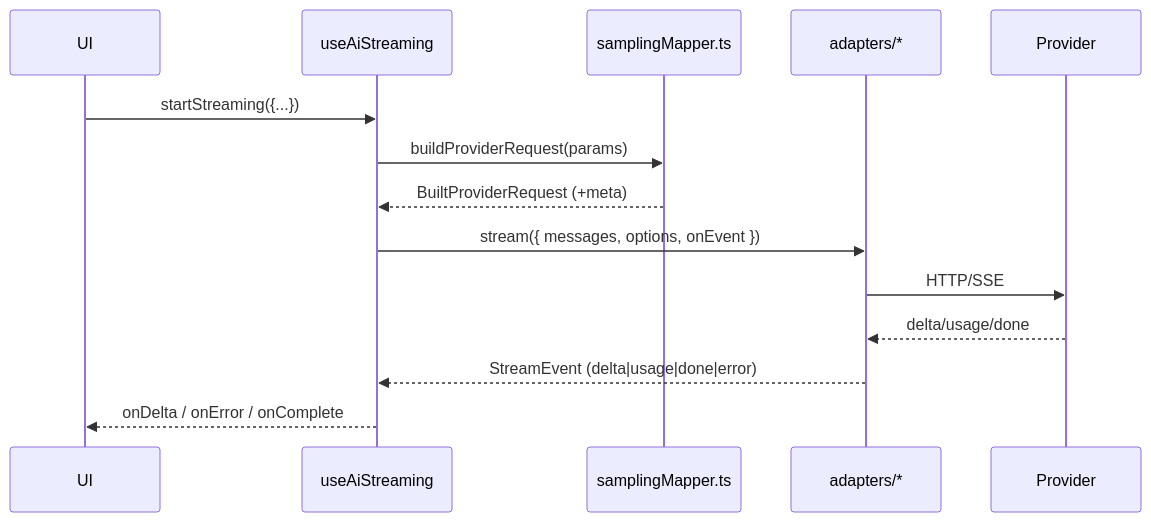
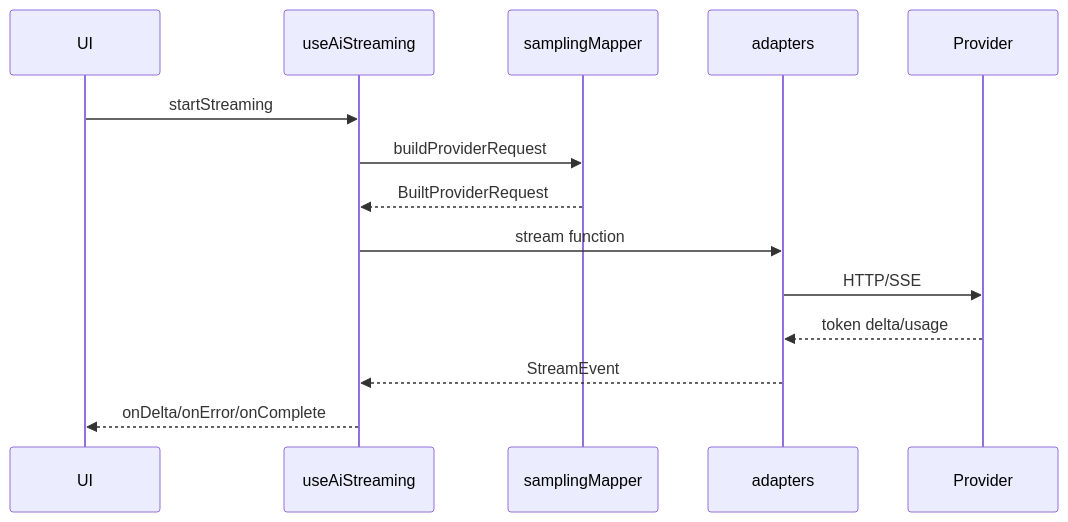
Before and after one commit to mustafaras/Synapse_IDE_PSYCHIATRY: the ninth of 16 diagrams in README.md, drawn with Mermaid. The commit also changed other lines of this file, not shown here.

````diff
--- a/README.md
+++ b/README.md
@@ -655,17 +660,17 @@
 ```mermaid
 sequenceDiagram
   participant UI
   participant Hook as useAiStreaming
-  participant Build as samplingMapper.ts
-  participant Adapt as adapters/*
+  participant Build as samplingMapper
+  participant Adapt as adapters
   participant Prov as Provider
 
-  UI->>Hook: startStreaming({...})
-  Hook->>Build: buildProviderRequest(params)
-  Build-->>Hook: BuiltProviderRequest (+meta)
-  Hook->>Adapt: stream({ messages, options, onEvent })
+  UI->>Hook: startStreaming
+  Hook->>Build: buildProviderRequest
+  Build-->>Hook: BuiltProviderRequest
+  Hook->>Adapt: stream function
   Adapt->>Prov: HTTP/SSE
-  Prov-->>Adapt: delta/usage/done
-  Adapt-->>Hook: StreamEvent (delta|usage|done|error)
-  Hook-->>UI: onDelta / onError / onComplete
+  Prov-->>Adapt: token delta/usage
+  Adapt-->>Hook: StreamEvent
+  Hook-->>UI: onDelta/onError/onComplete
 ```
````
